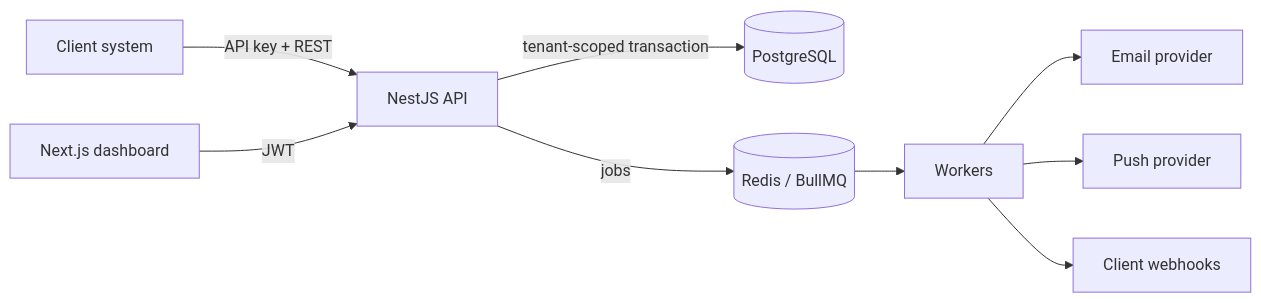
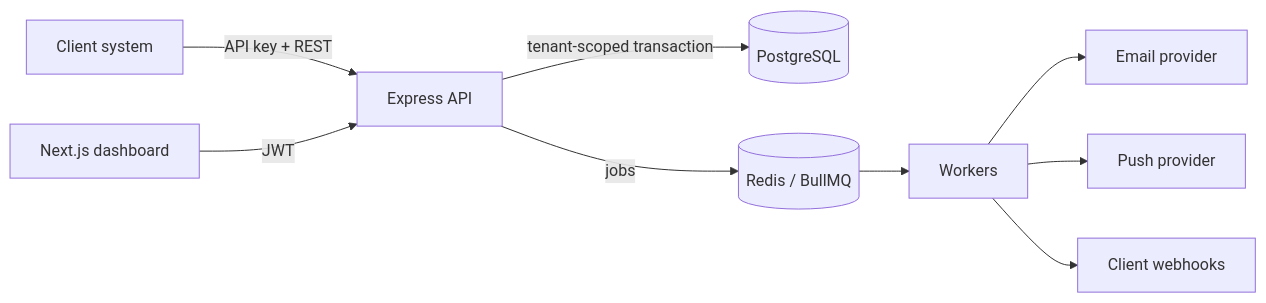
Before and after one commit to prabin923/NotifyKIT: the first of 3 diagrams in docs/architecture.md, drawn with Mermaid. The commit also changed 88 other files, not shown here.

Commit message:
feat: replace API with Express and add event editing

````diff
--- a/docs/architecture.md
+++ b/docs/architecture.md
@@ -8,11 +8,11 @@
 ```mermaid
 flowchart LR
-  C[Client system] -->|API key + REST| A[NestJS API]
+  C[Client system] -->|API key + REST| A[Express API]
   A -->|tenant-scoped transaction| P[(PostgreSQL)]
   A -->|jobs| R[(Redis / BullMQ)]
   R --> W[Workers]
   W --> E[Email provider]
   W --> U[Push provider]
   W --> H[Client webhooks]
   D[Next.js dashboard] -->|JWT| A
 ```
````
